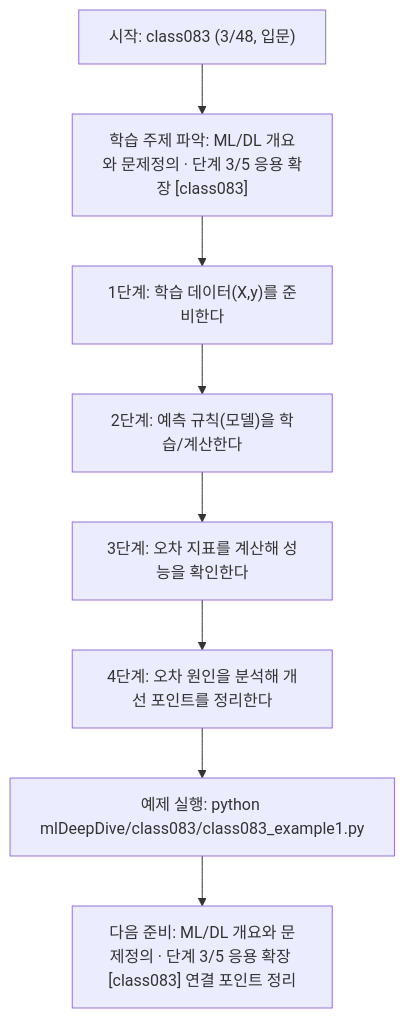
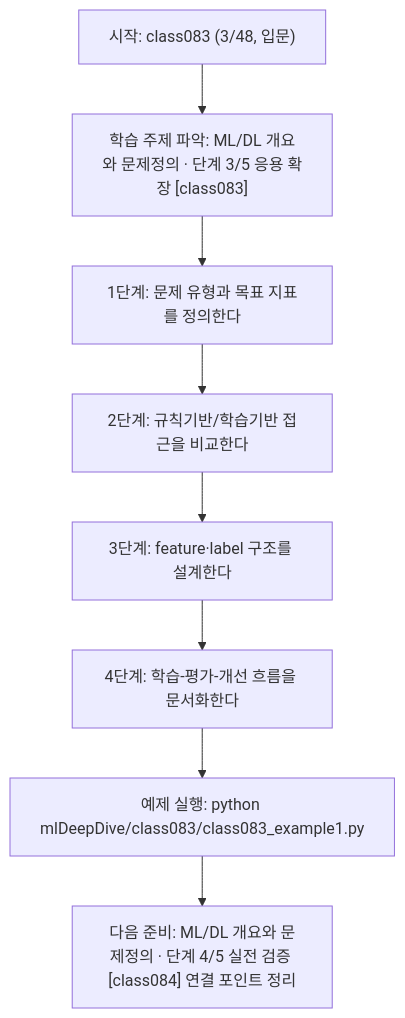
The diagram in mlDeepDive/class083/class083.md (edumgt/Python-AI_Agent-Class), drawn with Mermaid before and after one commit. The commit also changed other lines of this file and 338 other files, not shown here.

````diff
--- a/mlDeepDive/class083/class083.md
+++ b/mlDeepDive/class083/class083.md
@@ -111,18 +91,18 @@
 ```mermaid
 flowchart TD
 N1["시작: class083 (3/48, 입문)"]
 N2["학습 주제 파악: ML/DL 개요와 문제정의 · 단계 3/5 응용 확장 [class083]"]
-N3["1단계: 학습 데이터(X,y)를 준비한다"]
-N4["2단계: 예측 규칙(모델)을 학습/계산한다"]
-N5["3단계: 오차 지표를 계산해 성능을 확인한다"]
-N6["4단계: 오차 원인을 분석해 개선 포인트를 정리한다"]
+N3["1단계: 문제 유형과 목표 지표를 정의한다"]
+N4["2단계: 규칙기반/학습기반 접근을 비교한다"]
+N5["3단계: feature·label 구조를 설계한다"]
+N6["4단계: 학습-평가-개선 흐름을 문서화한다"]
 N7["예제 실행: python mlDeepDive/class083/class083_example1.py"]
-N8["다음 준비: ML/DL 개요와 문제정의 · 단계 3/5 응용 확장 [class083] 연결 포인트 정리"]
+N8["다음 준비: ML/DL 개요와 문제정의 · 단계 4/5 실전 검증 [class084] 연결 포인트 정리"]
 N1 --> N2
 N2 --> N3
 N3 --> N4
 N4 --> N5
 N5 --> N6
 N6 --> N7
 N7 --> N8
 ```
````
